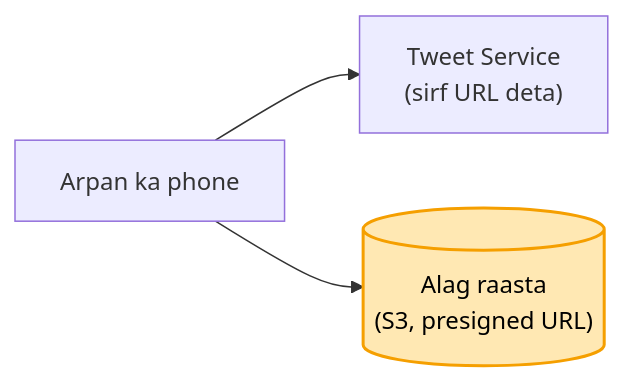
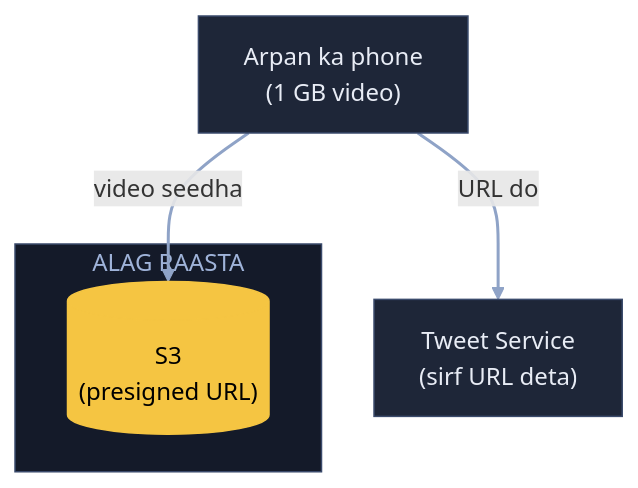
Before and after one commit to ArpanMaheshwari144/Prep: the tenth of 15 diagrams in 04_HLD/SYSTEM_DESIGNS/03_twitter_feed/03_twitter_feed.md, drawn with Mermaid. The commit also changed other lines of this file, not shown here.

Commit message:
Twitter: 15 diagram YouTube (reel) wale card andaaz me

````diff
--- a/04_HLD/SYSTEM_DESIGNS/03_twitter_feed/03_twitter_feed.md
+++ b/04_HLD/SYSTEM_DESIGNS/03_twitter_feed/03_twitter_feed.md
@@ -233,6 +341,16 @@
 ```mermaid
-flowchart LR
-    A["Arpan ka phone"] --> TS["Tweet Service<br/>(sirf URL deta)"]
-    A --> S3[("Alag raasta<br/>(S3, presigned URL)")]
-    style S3 fill:#ffe8b3,stroke:#f59f00,stroke-width:2px,color:#000
+flowchart TB
+    A["Arpan ka phone<br/>(1 GB video)"]:::card
+    TS["Tweet Service<br/>(sirf URL deta)"]:::card
+    subgraph AR["ALAG RAASTA"]
+        S3[("S3<br/>(presigned URL)")]:::pill
+    end
+    A -- "URL do" --> TS
+    A -- "video seedha" --> S3
+    linkStyle default stroke:#8fa3c7,stroke-width:2px
+    classDef card fill:#1e2638,stroke:#3a4a6b,color:#e8ecf5
+    classDef pill fill:#f5c542,stroke:#f5c542,color:#000
+    classDef good fill:#2e7d4f,stroke:#3fbf6f,color:#fff
+    classDef bad fill:#5c1f24,stroke:#e05561,color:#fff
+    style AR fill:#141a29,stroke:#3a4a6b,color:#9fb3d9
 ```
````
